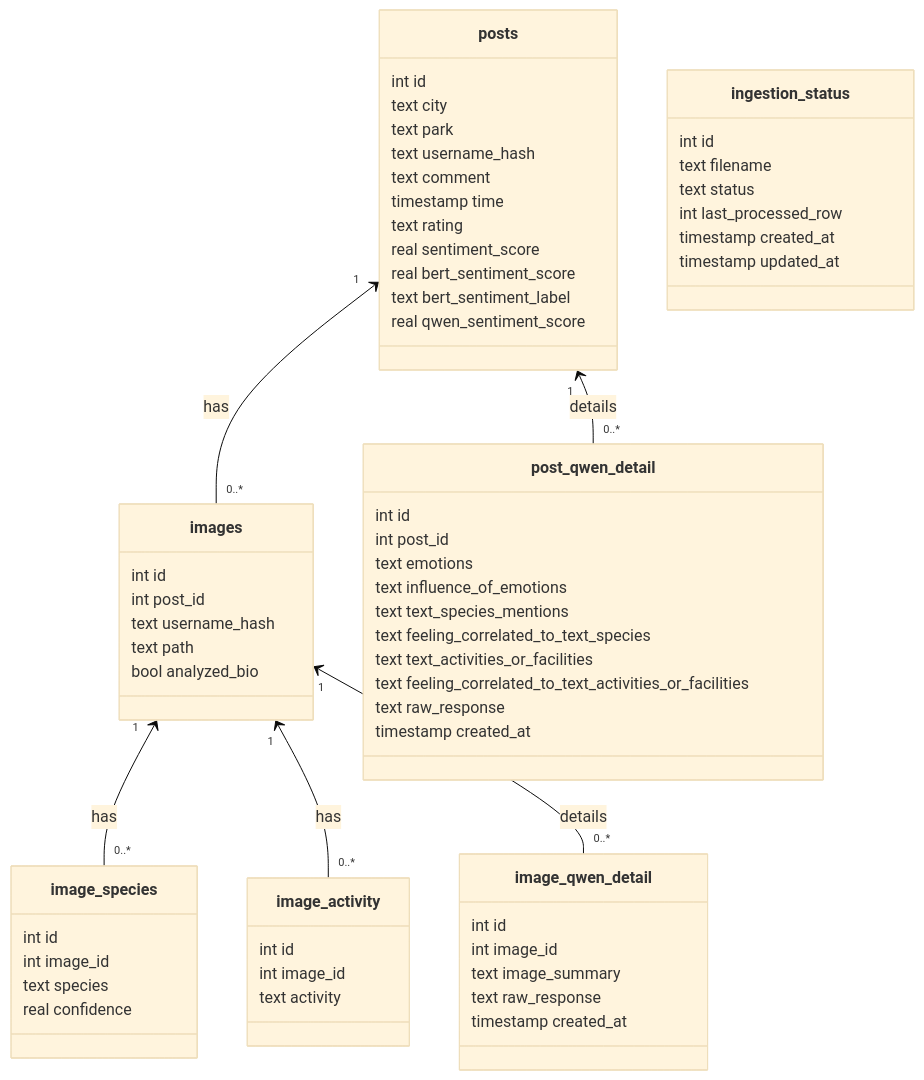
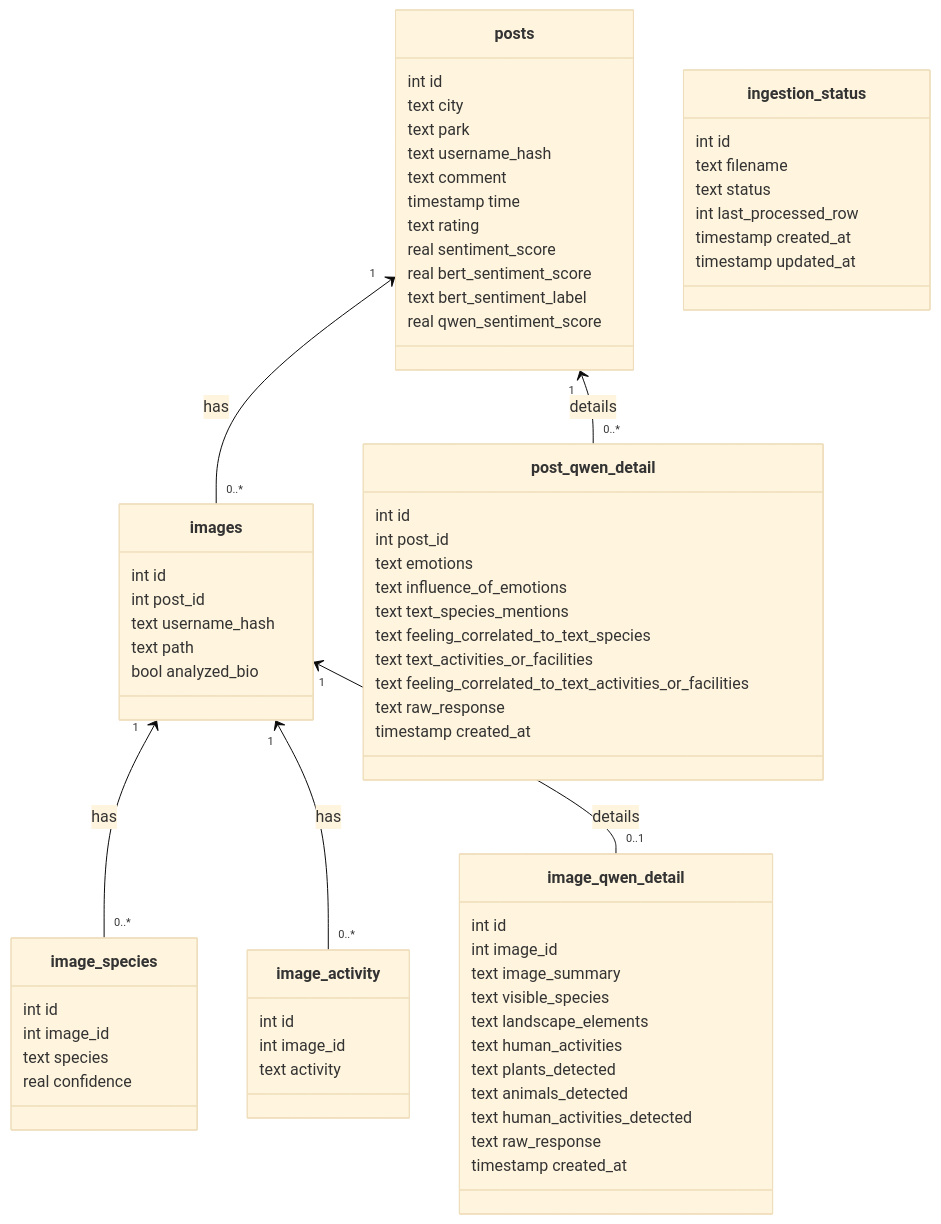
The diagram in documentation/database.md (Data-Science-Project-2026/ProjectNew), drawn with Mermaid (base theme) before and after one commit. The commit also changed other lines of this file and 5 other files, not shown here.

Commit message:
modified qwen-image storage in postgres

````diff
--- a/documentation/database.md
+++ b/documentation/database.md
@@ -127,67 +132,73 @@
 ```mermaid
 classDiagram
     class posts {
         int id
         text city
         text park
         text username_hash
         text comment
         timestamp time
         text rating
         real sentiment_score
         real bert_sentiment_score
         text bert_sentiment_label
         real qwen_sentiment_score
     }
     class images {
         int id
         int post_id
         text username_hash
         text path
         bool analyzed_bio
     }
     class image_species {
         int id
         int image_id
         text species
         real confidence
     }
     class image_activity {
         int id
         int image_id
         text activity
     }
     class post_qwen_detail {
         int id
         int post_id
         text emotions
         text influence_of_emotions
         text text_species_mentions
         text feeling_correlated_to_text_species
         text text_activities_or_facilities
         text feeling_correlated_to_text_activities_or_facilities
         text raw_response
         timestamp created_at
     }
     class image_qwen_detail {
         int id
         int image_id
         text image_summary
+        text visible_species
+        text landscape_elements
+        text human_activities
+        text plants_detected
+        text animals_detected
+        text human_activities_detected
         text raw_response
         timestamp created_at
     }
     class ingestion_status {
         int id
         text filename
         text status
         int last_processed_row
         timestamp created_at
         timestamp updated_at
     }
 
     posts "1" <-- "0..*" images : has
     images "1" <-- "0..*" image_species : has
     images "1" <-- "0..*" image_activity : has
     posts "1" <-- "0..*" post_qwen_detail : details
-    images "1" <-- "0..*" image_qwen_detail : details
+    images "1" <-- "0..1" image_qwen_detail : details
 ```
````
